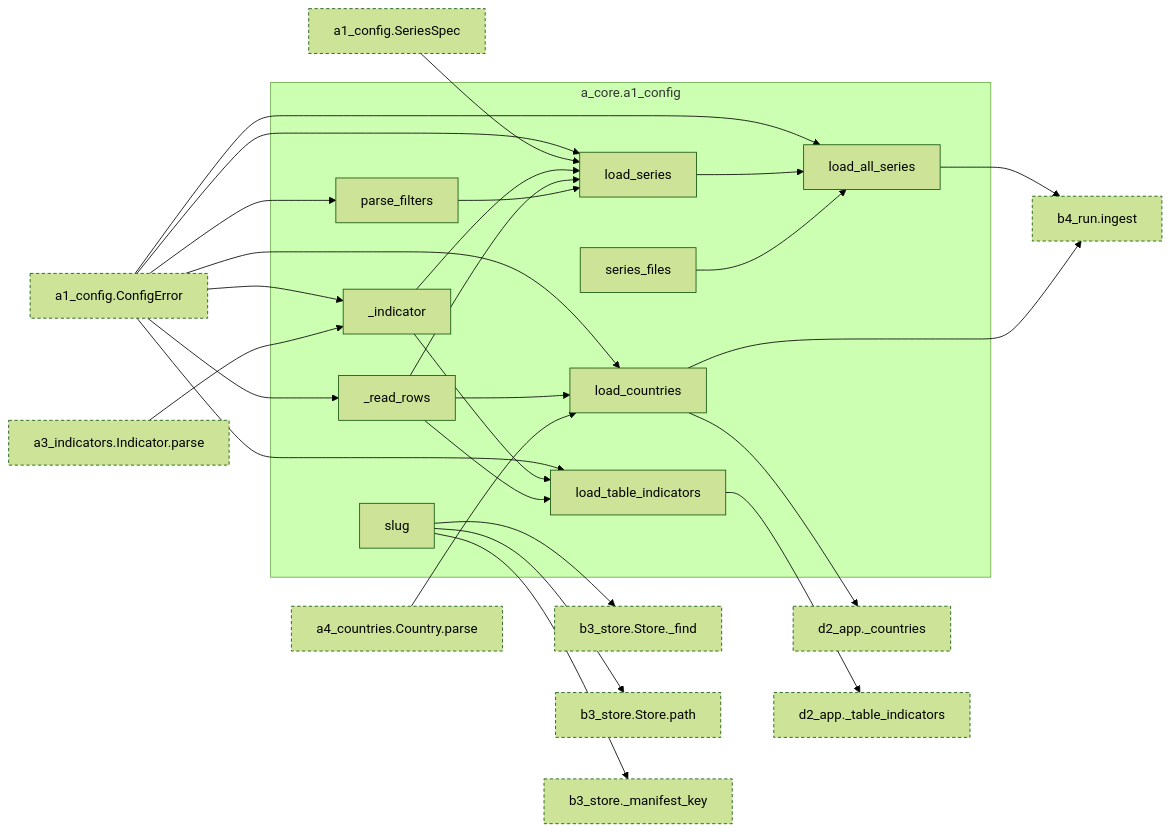
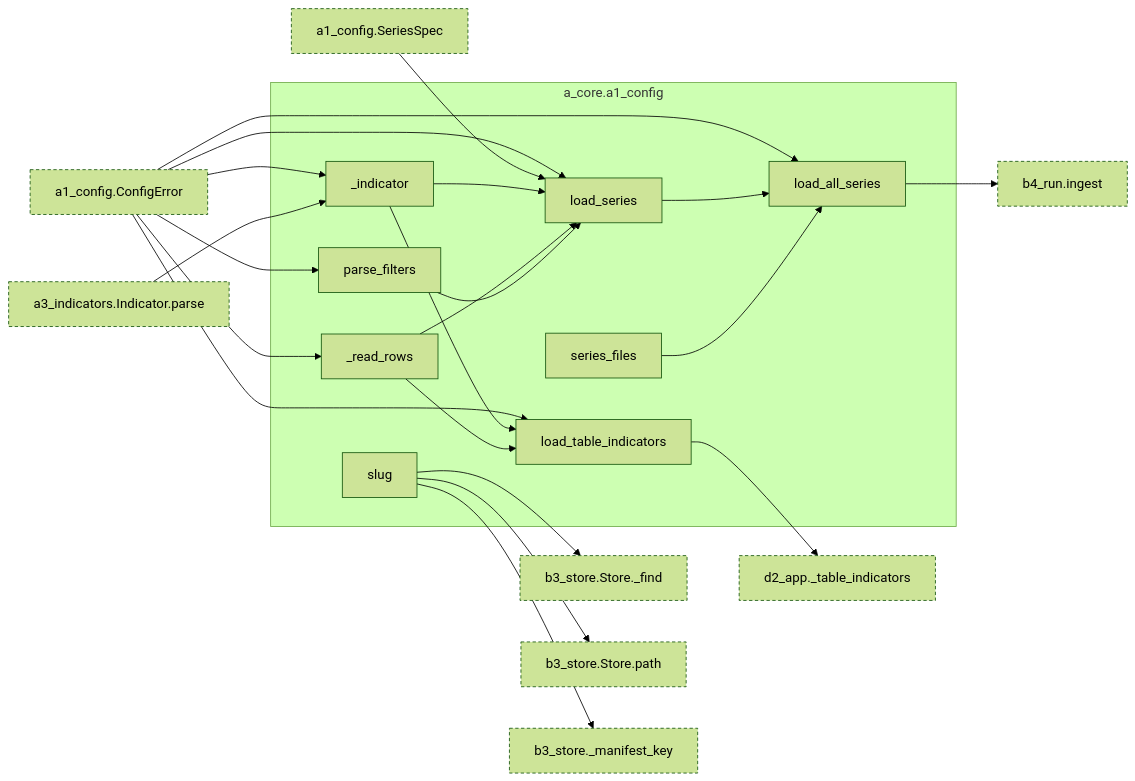
One commit to bsawyerg15/MacroScan changed the third of 15 diagrams in docs/architecture.md. Above: the diagram before and after it, drawn with Mermaid (forest theme). The commit also changed other lines of this file and 8 other files, not shown here.

````diff
--- a/docs/architecture.md
+++ b/docs/architecture.md
@@ -250,69 +251,58 @@
 ```mermaid
 flowchart LR
   subgraph this["a_core.a1_config"]
     n_a_core_a1_config__indicator["_indicator"]
     n_a_core_a1_config__read_rows["_read_rows"]
     n_a_core_a1_config_load_all_series["load_all_series"]
-    n_a_core_a1_config_load_countries["load_countries"]
     n_a_core_a1_config_load_series["load_series"]
     n_a_core_a1_config_load_table_indicators["load_table_indicators"]
     n_a_core_a1_config_parse_filters["parse_filters"]
     n_a_core_a1_config_series_files["series_files"]
     n_a_core_a1_config_slug["slug"]
   end
   n_a_core_a1_config_ConfigError["a1_config.ConfigError"]:::ext
   n_a_core_a1_config_SeriesSpec["a1_config.SeriesSpec"]:::ext
   n_a_core_a3_indicators_Indicator_parse["a3_indicators.Indicator.parse"]:::ext
-  n_a_core_a4_countries_Country_parse["a4_countries.Country.parse"]:::ext
   n_b_ingest_b3_store_Store__find["b3_store.Store._find"]:::ext
   n_b_ingest_b3_store_Store_path["b3_store.Store.path"]:::ext
   n_b_ingest_b3_store__manifest_key["b3_store._manifest_key"]:::ext
   n_b_ingest_b4_run_ingest["b4_run.ingest"]:::ext
-  n_d_visualization_d2_app__countries["d2_app._countries"]:::ext
   n_d_visualization_d2_app__table_indicators["d2_app._table_indicators"]:::ext
   n_a_core_a1_config_ConfigError --> n_a_core_a1_config__indicator
   n_a_core_a3_indicators_Indicator_parse --> n_a_core_a1_config__indicator
   n_a_core_a1_config_ConfigError --> n_a_core_a1_config__read_rows
   n_a_core_a1_config_ConfigError --> n_a_core_a1_config_load_all_series
   n_a_core_a1_config_load_series --> n_a_core_a1_config_load_all_series
   n_a_core_a1_config_series_files --> n_a_core_a1_config_load_all_series
-  n_a_core_a1_config_ConfigError --> n_a_core_a1_config_load_countries
-  n_a_core_a1_config__read_rows --> n_a_core_a1_config_load_countries
-  n_a_core_a4_countries_Country_parse --> n_a_core_a1_config_load_countries
   n_a_core_a1_config_ConfigError --> n_a_core_a1_config_load_series
   n_a_core_a1_config_SeriesSpec --> n_a_core_a1_config_load_series
   n_a_core_a1_config__indicator --> n_a_core_a1_config_load_series
   n_a_core_a1_config__read_rows --> n_a_core_a1_config_load_series
   n_a_core_a1_config_parse_filters --> n_a_core_a1_config_load_series
   n_a_core_a1_config_ConfigError --> n_a_core_a1_config_load_table_indicators
   n_a_core_a1_config__indicator --> n_a_core_a1_config_load_table_indicators
   n_a_core_a1_config__read_rows --> n_a_core_a1_config_load_table_indicators
   n_a_core_a1_config_ConfigError --> n_a_core_a1_config_parse_filters
   n_a_core_a1_config_slug --> n_b_ingest_b3_store_Store__find
   n_a_core_a1_config_slug --> n_b_ingest_b3_store_Store_path
   n_a_core_a1_config_slug --> n_b_ingest_b3_store__manifest_key
   n_a_core_a1_config_load_all_series --> n_b_ingest_b4_run_ingest
-  n_a_core_a1_config_load_countries --> n_b_ingest_b4_run_ingest
-  n_a_core_a1_config_load_countries --> n_d_visualization_d2_app__countries
   n_a_core_a1_config_load_table_indicators --> n_d_visualization_d2_app__table_indicators
   click n_a_core_a1_config_ConfigError href "#cls-ConfigError"
   click n_a_core_a1_config_SeriesSpec href "#cls-SeriesSpec"
   click n_a_core_a1_config__indicator href "#fn-a_core-a1_config-_indicator"
   click n_a_core_a1_config__read_rows href "#fn-a_core-a1_config-_read_rows"
   click n_a_core_a1_config_load_all_series href "#fn-a_core-a1_config-load_all_series"
-  click n_a_core_a1_config_load_countries href "#fn-a_core-a1_config-load_countries"
   click n_a_core_a1_config_load_series href "#fn-a_core-a1_config-load_series"
   click n_a_core_a1_config_load_table_indicators href "#fn-a_core-a1_config-load_table_indicators"
   click n_a_core_a1_config_parse_filters href "#fn-a_core-a1_config-parse_filters"
   click n_a_core_a1_config_series_files href "#fn-a_core-a1_config-series_files"
   click n_a_core_a1_config_slug href "#fn-a_core-a1_config-slug"
   click n_a_core_a3_indicators_Indicator_parse href "#fn-a_core-a3_indicators-Indicator.parse"
-  click n_a_core_a4_countries_Country_parse href "#fn-a_core-a4_countries-Country.parse"
   click n_b_ingest_b3_store_Store__find href "#fn-b_ingest-b3_store-Store._find"
   click n_b_ingest_b3_store_Store_path href "#fn-b_ingest-b3_store-Store.path"
   click n_b_ingest_b3_store__manifest_key href "#fn-b_ingest-b3_store-_manifest_key"
   click n_b_ingest_b4_run_ingest href "#fn-b_ingest-b4_run-ingest"
-  click n_d_visualization_d2_app__countries href "#fn-d_visualization-d2_app-_countries"
   click n_d_visualization_d2_app__table_indicators href "#fn-d_visualization-d2_app-_table_indicators"
   classDef ext stroke-dasharray: 4 3
 ```
````
